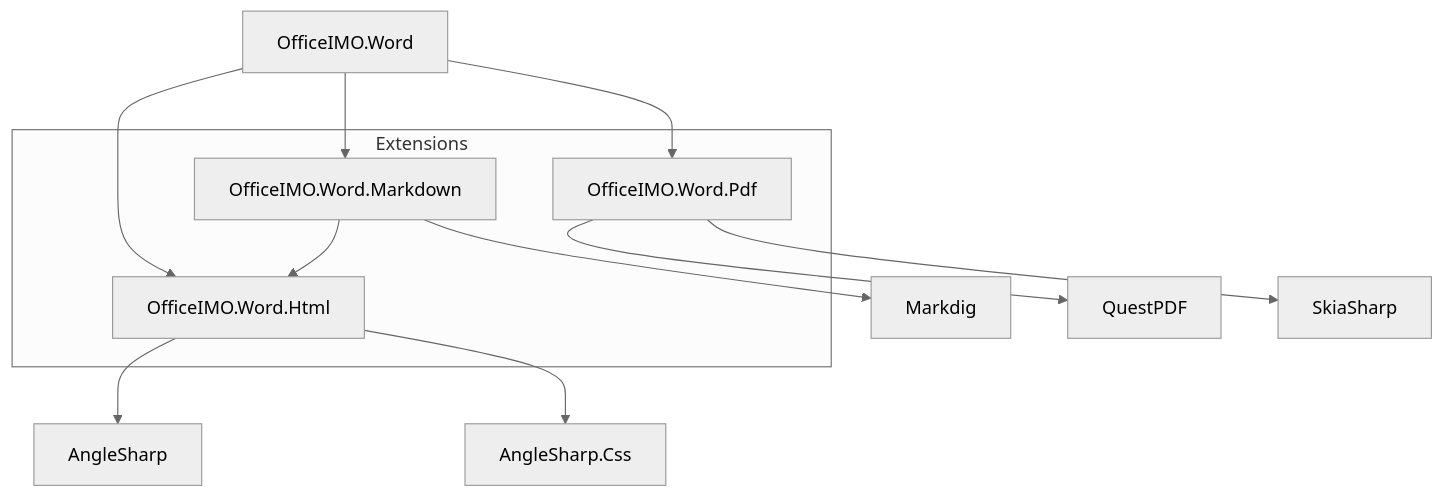
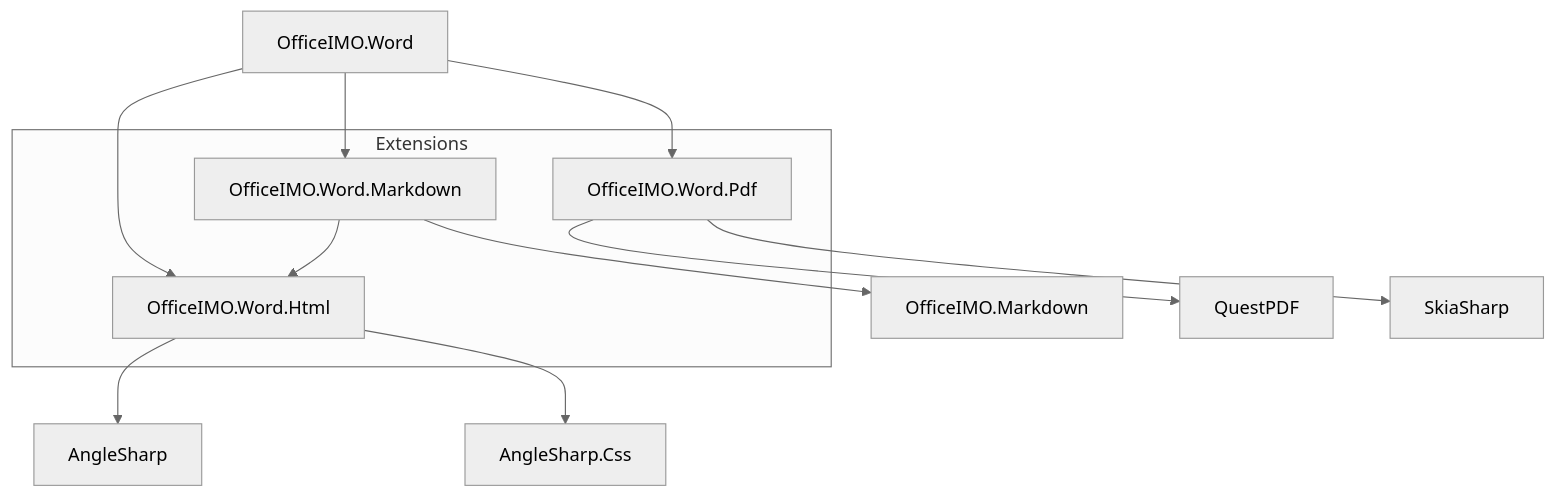
Before and after one commit to EvotecIT/OfficeIMO: the first of 4 diagrams in README.md, drawn with Mermaid (neutral theme). The commit also changed other lines of this file and 48 other files, not shown here.

First line of the commit message:
Add Markdown support using OfficeIMO.Markdown

````diff
--- a/README.md
+++ b/README.md
@@ -55,31 +55,31 @@
 ```mermaid
 flowchart TB
   WCore[OfficeIMO.Word]
   subgraph Extensions
     WHtml[OfficeIMO.Word.Html]
     WMd[OfficeIMO.Word.Markdown]
     WPdf[OfficeIMO.Word.Pdf]
   end
 
   %% External deps
   Angle[AngleSharp]
   AngleCss[AngleSharp.Css]
-  Markdig[Markdig]
+  OfficeIMO.Markdown
   Quest[QuestPDF]
   Skia[SkiaSharp]
 
   %% Core to extensions (install these when you need that capability)
   WCore --> WHtml
   WCore --> WMd
   WCore --> WPdf
 
   %% Extension uses
   WMd --> WHtml
 
   %% External dependencies per extension
   WHtml --> Angle
   WHtml --> AngleCss
-  WMd   --> Markdig
+  WMd   --> OfficeIMO.Markdown
   WPdf  --> Quest
   WPdf  --> Skia
 ```
````
